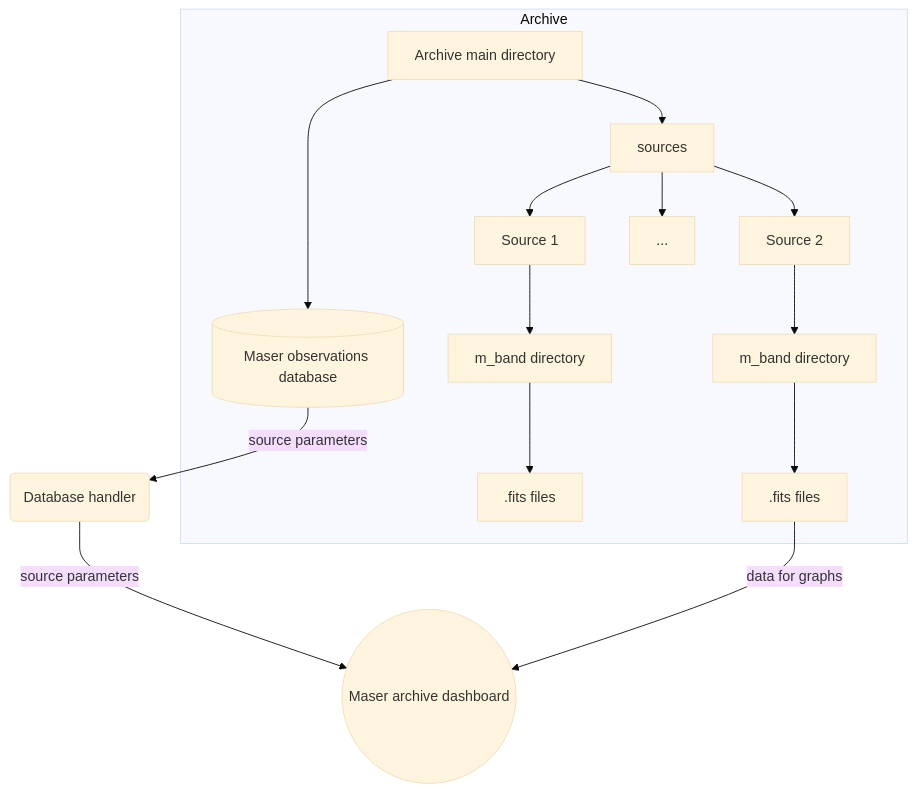
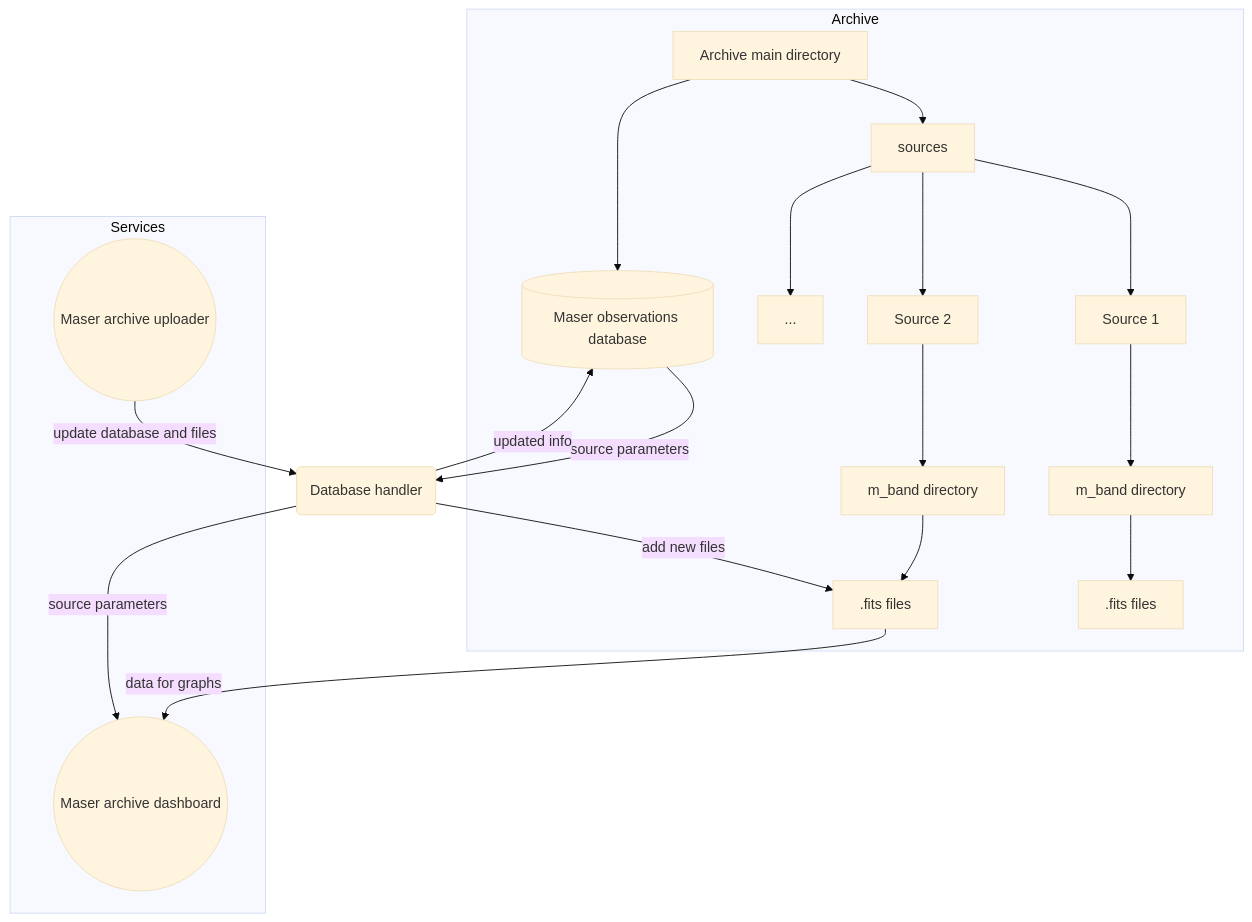
Before and after one commit to dachshund-ncu/maser-archive-dashboard: the diagram in README.md, drawn with Mermaid (base theme).

Commit message:
updated flowchart

````diff
--- a/README.md
+++ b/README.md
@@ -33,29 +33,39 @@
 ```mermaid
 flowchart TD
 
 archive_main[Archive main directory] --> sources
 sources --> source_1[Source 1] --> m_band[m_band directory] --> fits_files[.fits files]
 sources --> source_2[Source 2] --> m_band2[m_band directory] --> fits_files2[.fits files]
 sources --> source_3[...]
 
 archive_main --> maser_observations_db[(Maser observations database)]
 
 subgraph files_place[Archive]
 archive_main
 sources
 source_1
 source_2
 source_3
 m_band
 m_band2
 fits_files
 fits_files2
 maser_observations_db
 end
 
 dashboard((Maser archive dashboard))
+
+
 database_handler(Database handler) -- source parameters -->  dashboard 
 
 maser_observations_db -- source parameters --> database_handler
 fits_files2 -- data for graphs --> dashboard
+
+uploader((Maser archive uploader))
+uploader -- update database and files --> database_handler -- updated info --> maser_observations_db
+database_handler -- add new files --> fits_files2
+subgraph services[Services]
+dashboard
+uploader
+end
 ```
````
